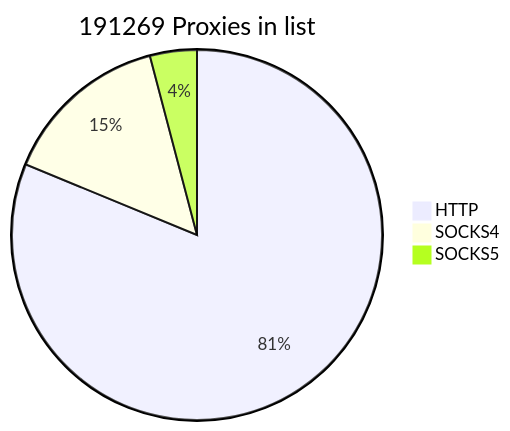
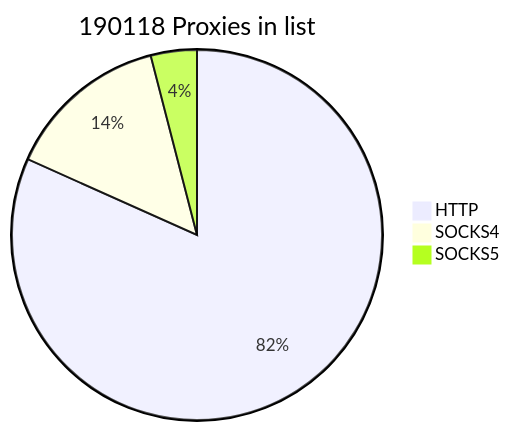
Before and after one commit to cutipu/proxylist: the first of 2 diagrams in README.md, drawn with Mermaid. The commit also changed other lines of this file, not shown here.

````diff
--- a/README.md
+++ b/README.md
@@ -2,7 +2,7 @@
 ```mermaid
-pie title 191269 Proxies in list
-    "HTTP" : 155360
-    "SOCKS4" : 28077
-    "SOCKS5" : 7832
+pie title 190118 Proxies in list
+    "HTTP" : 155334
+    "SOCKS4" : 27139
+    "SOCKS5" : 7645
             
 ```
````
